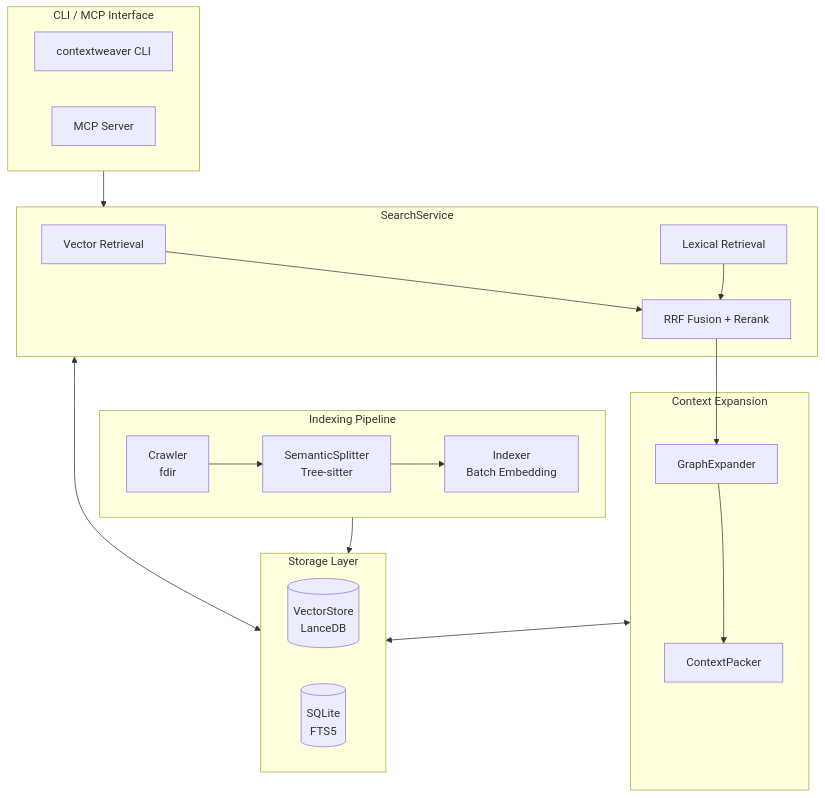
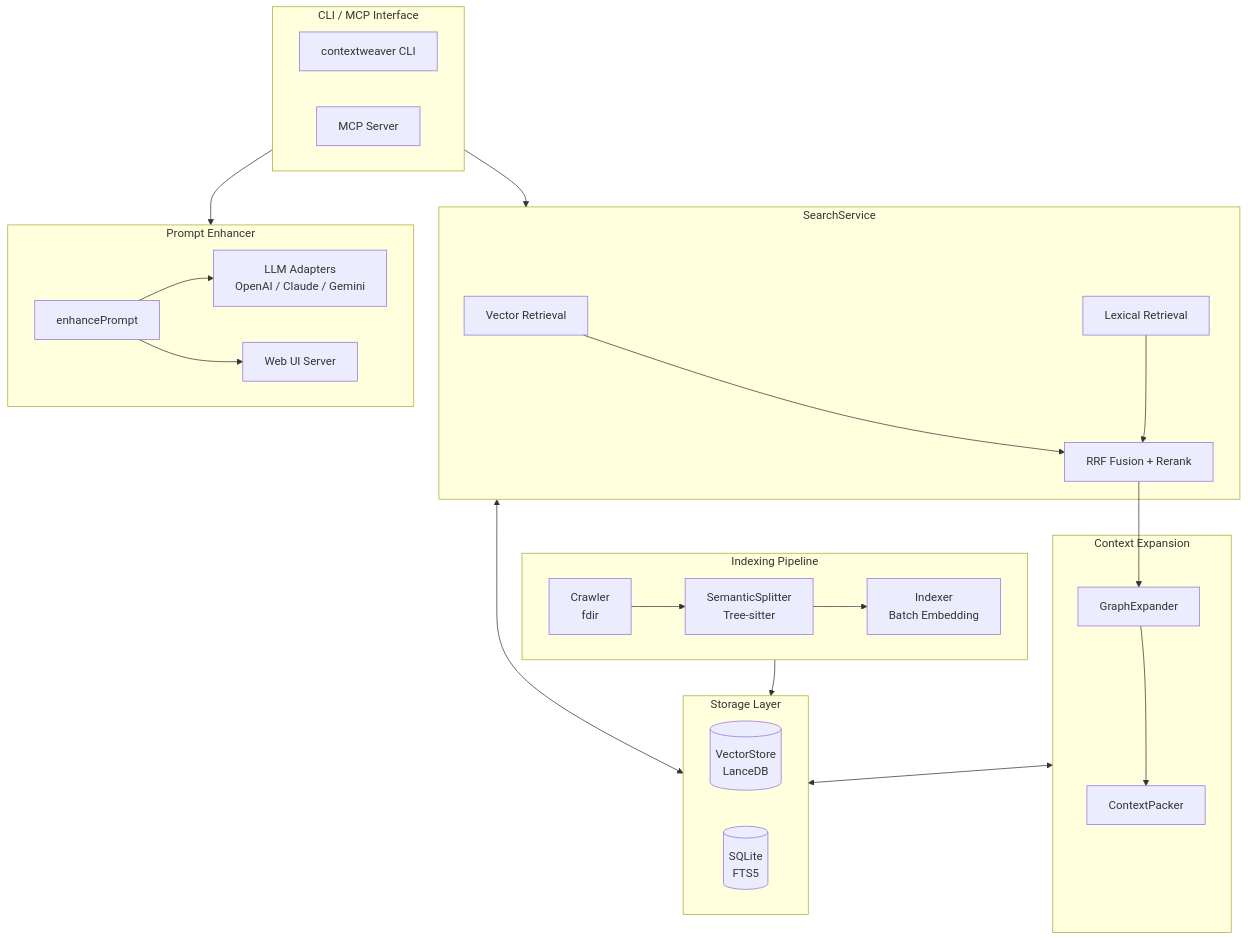
Before and after one commit to lyy0709/ContextWeaver: the diagram in README.md, drawn with Mermaid. The commit also changed other lines of this file and 2 other files, not shown here.

````diff
--- a/README.md
+++ b/README.md
@@ -191,36 +211,45 @@
 ```mermaid
 flowchart TB
     subgraph Interface["CLI / MCP Interface"]
         CLI[contextweaver CLI]
         MCP[MCP Server]
     end
 
     subgraph Search["SearchService"]
         VR[Vector Retrieval]
         LR[Lexical Retrieval]
         RRF[RRF Fusion + Rerank]
         VR --> RRF
         LR --> RRF
     end
 
     subgraph Expand["Context Expansion"]
         GE[GraphExpander]
         CP[ContextPacker]
         GE --> CP
     end
 
     subgraph Storage["Storage Layer"]
         VS[(VectorStore<br/>LanceDB)]
         DB[(SQLite<br/>FTS5)]
     end
 
     subgraph Index["Indexing Pipeline"]
         CR[Crawler<br/>fdir] --> SS[SemanticSplitter<br/>Tree-sitter] --> IX[Indexer<br/>Batch Embedding]
     end
 
+    subgraph Enhancer["Prompt Enhancer"]
+        PE[enhancePrompt]
+        LLM[LLM Adapters<br/>OpenAI / Claude / Gemini]
+        WEB[Web UI Server]
+        PE --> LLM
+        PE --> WEB
+    end
+
     Interface --> Search
+    Interface --> Enhancer
     RRF --> GE
     Search <--> Storage
     Expand <--> Storage
     Index --> Storage
 ```
````
